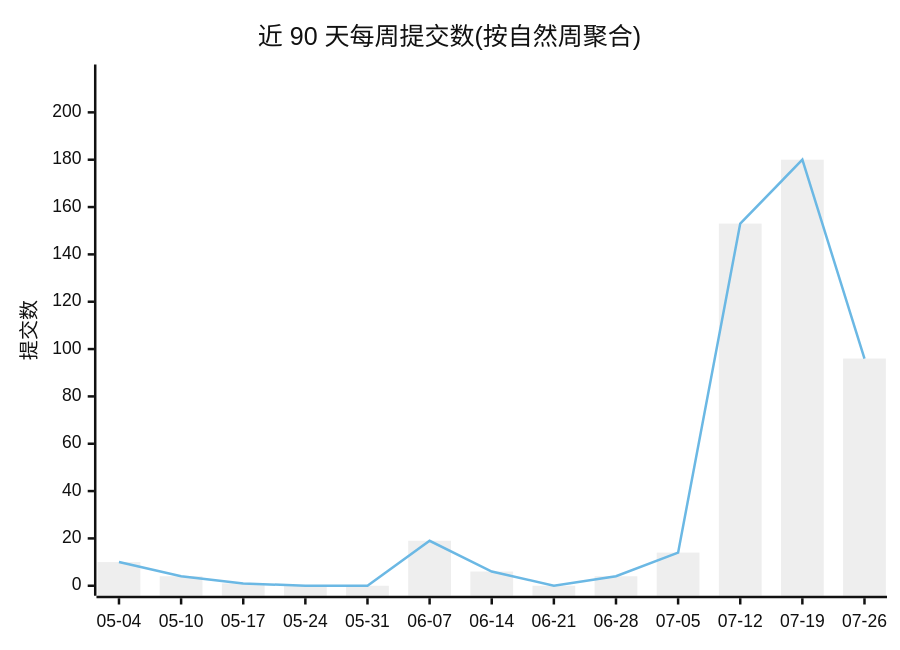
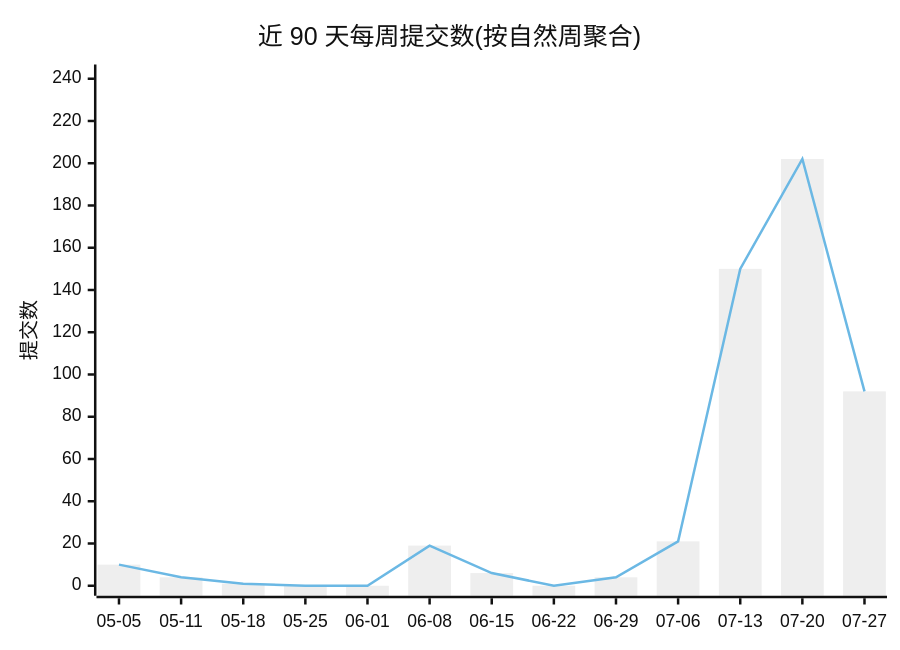
One commit to Conflux-Union/.github changed the first of 2 diagrams in profile/README.md. Above: the diagram before and after it, drawn with Mermaid (neutral theme). The commit also changed other lines of this file and 1 other file, not shown here.

````diff
--- a/profile/README.md
+++ b/profile/README.md
@@ -44,8 +44,8 @@
 ```mermaid
 xychart-beta
     title "近 90 天每周提交数(按自然周聚合)"
-    x-axis ["05-04", "05-10", "05-17", "05-24", "05-31", "06-07", "06-14", "06-21", "06-28", "07-05", "07-12", "07-19", "07-26"]
-    y-axis "提交数" 0 --> 216
-    bar [10, 4, 1, 0, 0, 19, 6, 0, 4, 14, 153, 180, 96]
-    line [10, 4, 1, 0, 0, 19, 6, 0, 4, 14, 153, 180, 96]
+    x-axis ["05-05", "05-11", "05-18", "05-25", "06-01", "06-08", "06-15", "06-22", "06-29", "07-06", "07-13", "07-20", "07-27"]
+    y-axis "提交数" 0 --> 242
+    bar [10, 4, 1, 0, 0, 19, 6, 0, 4, 21, 150, 202, 92]
+    line [10, 4, 1, 0, 0, 19, 6, 0, 4, 21, 150, 202, 92]
 ```
````
